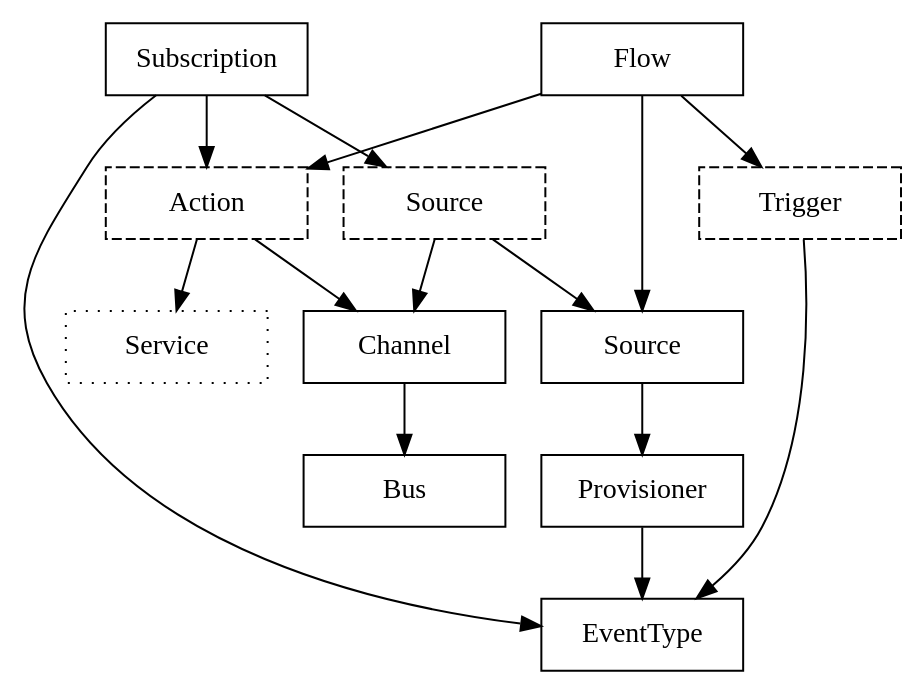
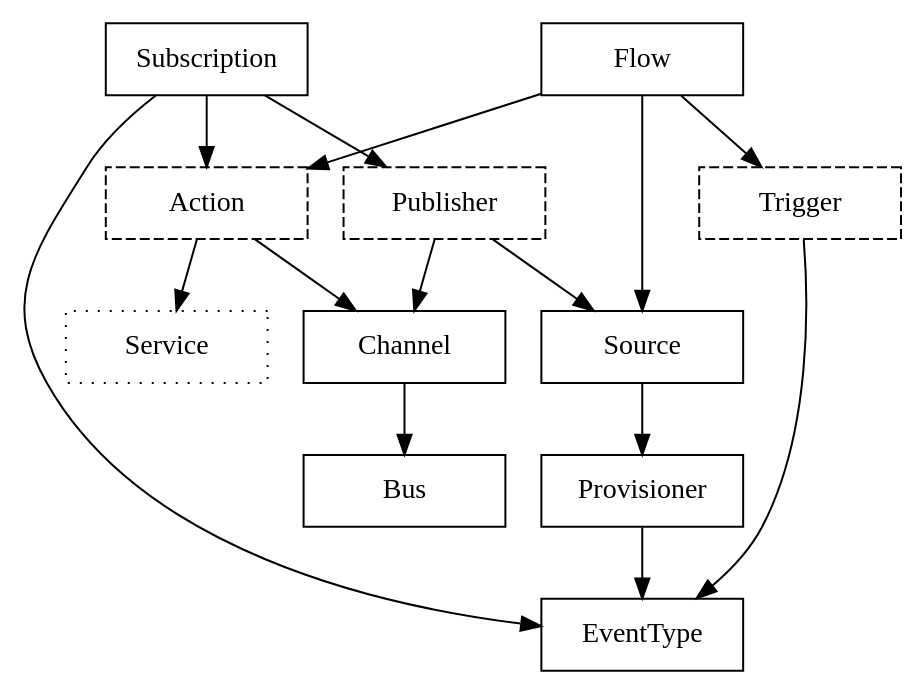
The diagram in docs/spec/images/overview-reference.dot (n3wscott/eventing), drawn with Graphviz before and after one commit. The commit also changed 2 other files, not shown here.

Commit message:
try publisher.

```diff
--- a/docs/spec/images/overview-reference.dot
+++ b/docs/spec/images/overview-reference.dot
@@ -1,49 +1,49 @@
 // This is the overview graph for object refrences in the control plane.
 //
 // To reproduce the PNG, run the following:
 // $ dot -Tpng overview-reference.dot -o overview-reference.png
 //
 digraph G {
   dir=TB; 
   node [shape=rectangle; width=1.4; height=.5; fixedsize=true;]
 
   Flow;
   Source;
   Provisioner;
   EventType;
 
-  SourceType [label="Source"; style=dashed];
+  Publisher [style=dashed];
   Action [style=dashed];
   Trigger [style=dashed];
 
   Service [style=dotted];
 
   Bus;
   Channel;
   Subscription;
 
   Provisioner -> EventType;
   Source -> Provisioner;
  
   Flow -> Source;
   Flow -> Trigger;
   Flow -> Action;
 
   Channel -> Bus;
  
-  Subscription -> SourceType;
+  Subscription -> Publisher;
   Subscription -> Action;
   Subscription -> EventType;
 
   Trigger -> EventType; 
 
   Action -> Channel;
   Action -> Service;
 
-  SourceType -> Source;
-  SourceType -> Channel;
+  Publisher -> Source;
+  Publisher -> Channel;
 
-  {rank=same; SourceType, Action, Trigger};
+  {rank=same; Publisher, Action, Trigger};
 
  // {rank=min; Flow; Source;}
 }
```
